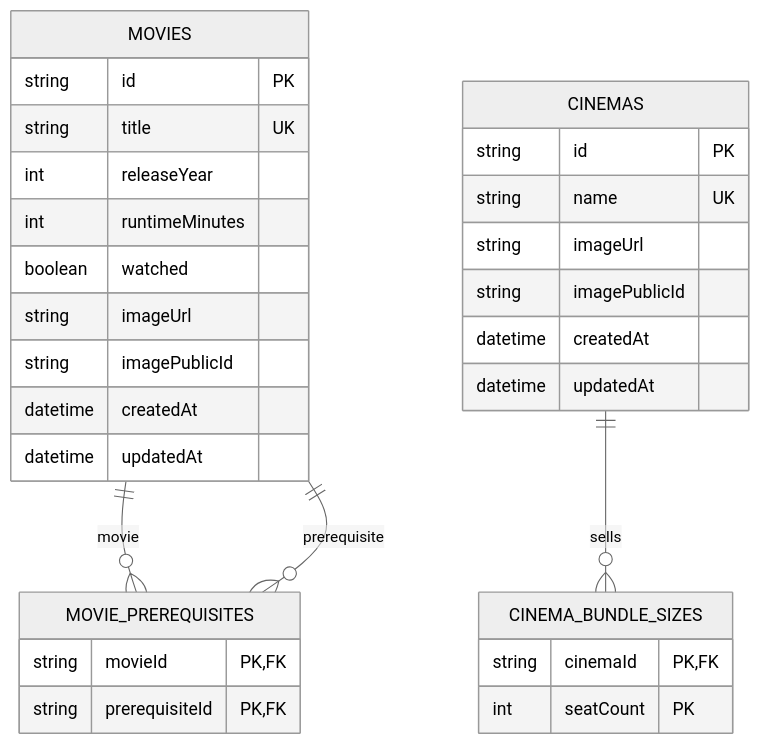
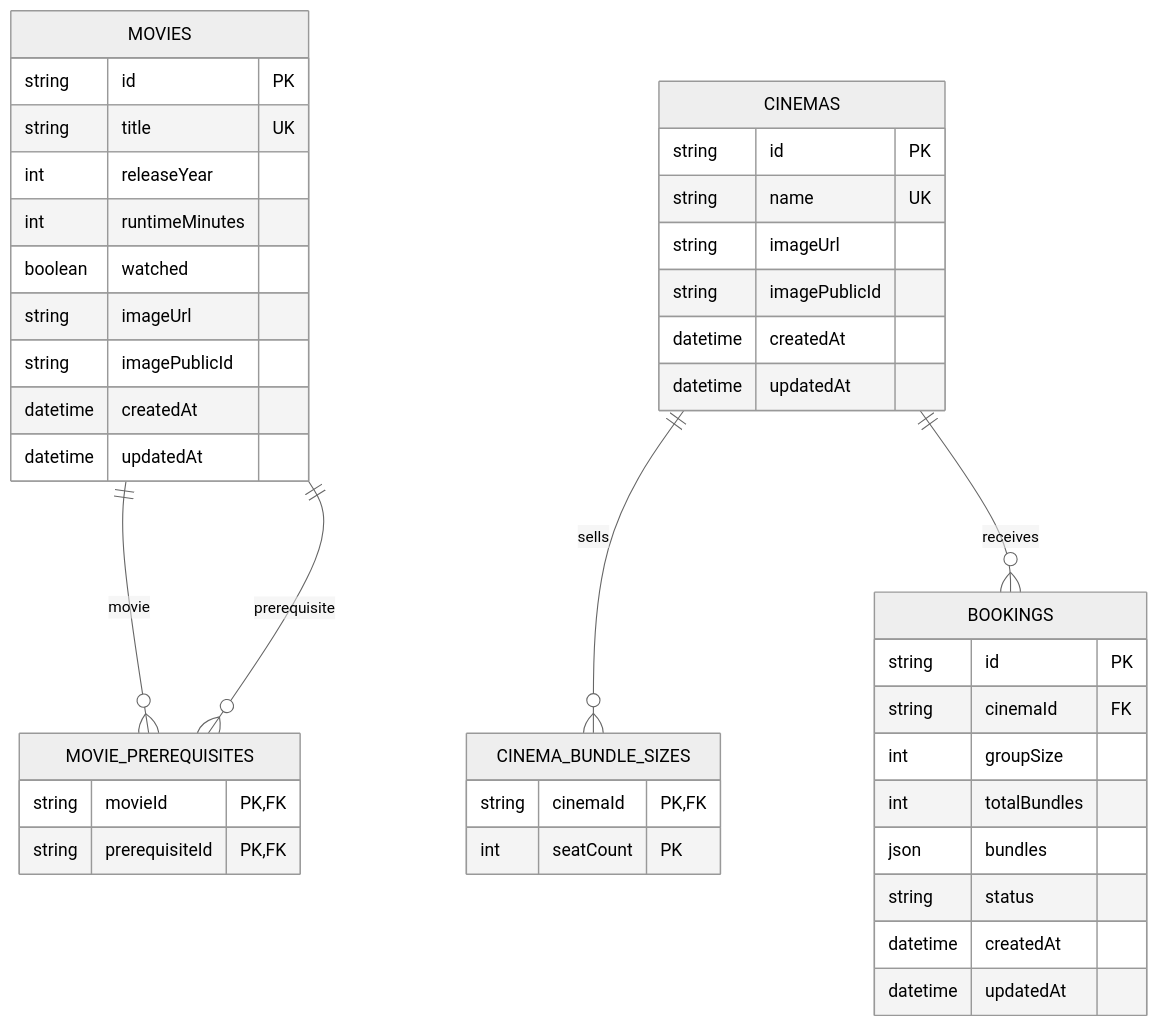
One commit to mdashraful24/cine-quest-server changed the diagram in README.md. Above: the diagram before and after it, drawn with Mermaid (neutral theme). The commit also changed other lines of this file and 14 other files, not shown here.

````diff
--- a/README.md
+++ b/README.md
@@ -84,37 +93,49 @@
 ```mermaid
 erDiagram
   MOVIES ||--o{ MOVIE_PREREQUISITES : "movie"
   MOVIES ||--o{ MOVIE_PREREQUISITES : "prerequisite"
   CINEMAS ||--o{ CINEMA_BUNDLE_SIZES : "sells"
+  CINEMAS ||--o{ BOOKINGS : "receives"
 
   MOVIES {
     string id PK
     string title UK
     int releaseYear
     int runtimeMinutes
     boolean watched
     string imageUrl
     string imagePublicId
     datetime createdAt
     datetime updatedAt
   }
 
   MOVIE_PREREQUISITES {
     string movieId PK, FK
     string prerequisiteId PK, FK
   }
 
   CINEMAS {
     string id PK
     string name UK
     string imageUrl
     string imagePublicId
     datetime createdAt
     datetime updatedAt
   }
 
   CINEMA_BUNDLE_SIZES {
     string cinemaId PK, FK
     int seatCount PK
   }
+
+  BOOKINGS {
+    string id PK
+    string cinemaId FK
+    int groupSize
+    int totalBundles
+    json bundles
+    string status
+    datetime createdAt
+    datetime updatedAt
+  }
 ```
````
